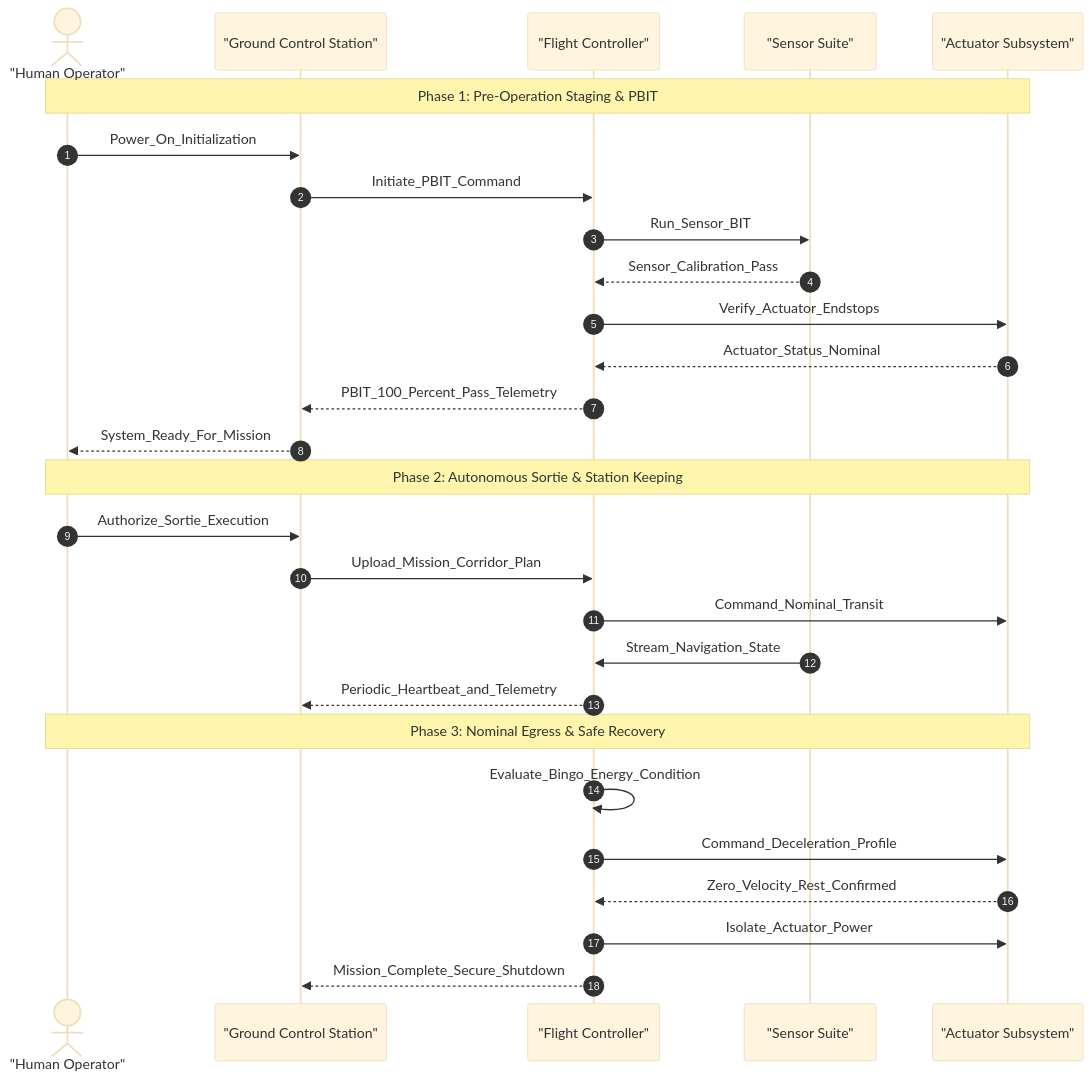
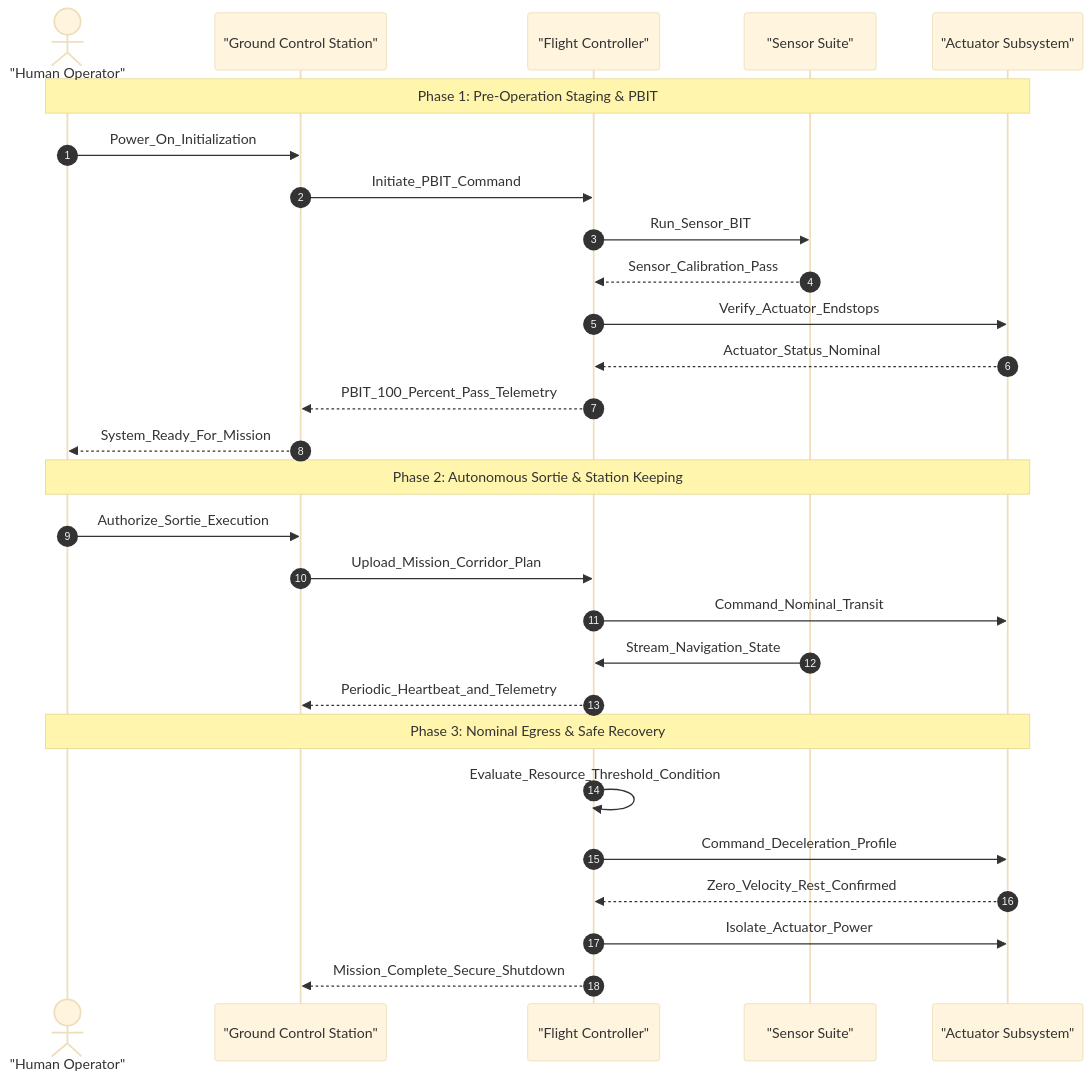
Before and after one commit to gintatkinson/dumpiler-01: the second of 4 diagrams in skills/spec-conops-engineering/SKILL.md, drawn with Mermaid (base theme). The commit also changed other lines of this file and 218 other files, not shown here.

````diff
--- a/skills/spec-conops-engineering/SKILL.md
+++ b/skills/spec-conops-engineering/SKILL.md
@@ -361,33 +355,33 @@
 ```mermaid
 sequenceDiagram
     autonumber
     actor Operator as "Human Operator"
     participant GCS as "Ground Control Station"
     participant FCS as "Flight Controller"
     participant Sensors as "Sensor Suite"
     participant Actuators as "Actuator Subsystem"
 
     Note over Operator,Actuators: Phase 1: Pre-Operation Staging & PBIT
     Operator ->> GCS: Power_On_Initialization
     GCS ->> FCS: Initiate_PBIT_Command
     FCS ->> Sensors: Run_Sensor_BIT
     Sensors -->> FCS: Sensor_Calibration_Pass
     FCS ->> Actuators: Verify_Actuator_Endstops
     Actuators -->> FCS: Actuator_Status_Nominal
     FCS -->> GCS: PBIT_100_Percent_Pass_Telemetry
     GCS -->> Operator: System_Ready_For_Mission
 
     Note over Operator,Actuators: Phase 2: Autonomous Sortie & Station Keeping
     Operator ->> GCS: Authorize_Sortie_Execution
     GCS ->> FCS: Upload_Mission_Corridor_Plan
     FCS ->> Actuators: Command_Nominal_Transit
     Sensors ->> FCS: Stream_Navigation_State
     FCS -->> GCS: Periodic_Heartbeat_and_Telemetry
 
     Note over Operator,Actuators: Phase 3: Nominal Egress & Safe Recovery
-    FCS ->> FCS: Evaluate_Bingo_Energy_Condition
+    FCS ->> FCS: Evaluate_Resource_Threshold_Condition
     FCS ->> Actuators: Command_Deceleration_Profile
     Actuators -->> FCS: Zero_Velocity_Rest_Confirmed
     FCS ->> Actuators: Isolate_Actuator_Power
     FCS -->> GCS: Mission_Complete_Secure_Shutdown
 ```
````
